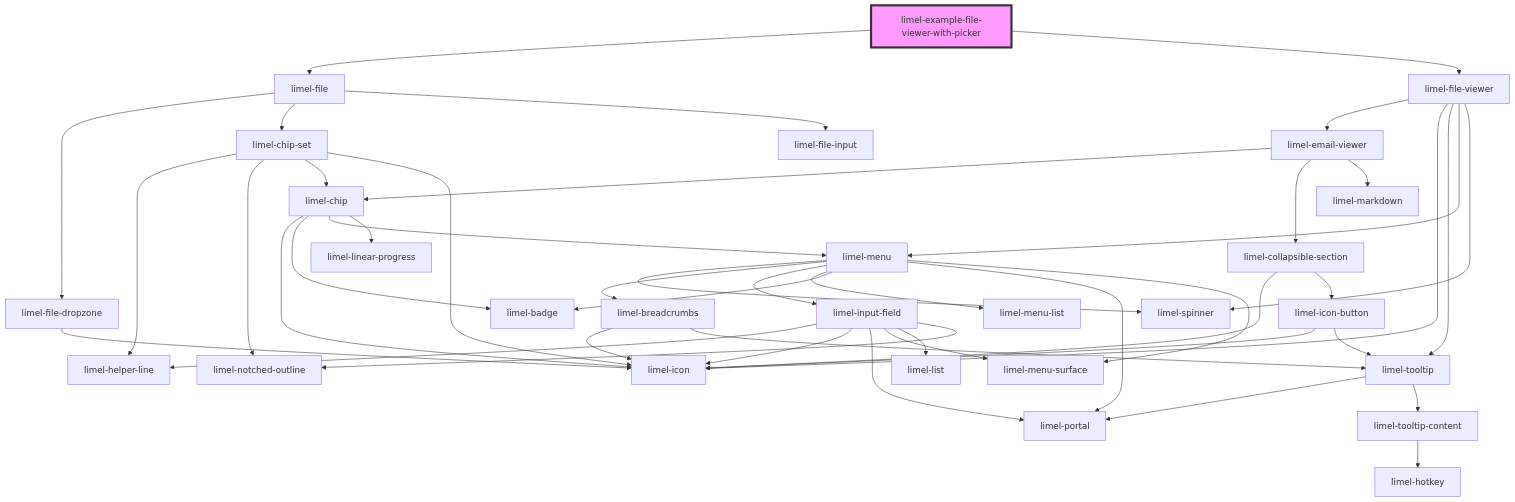
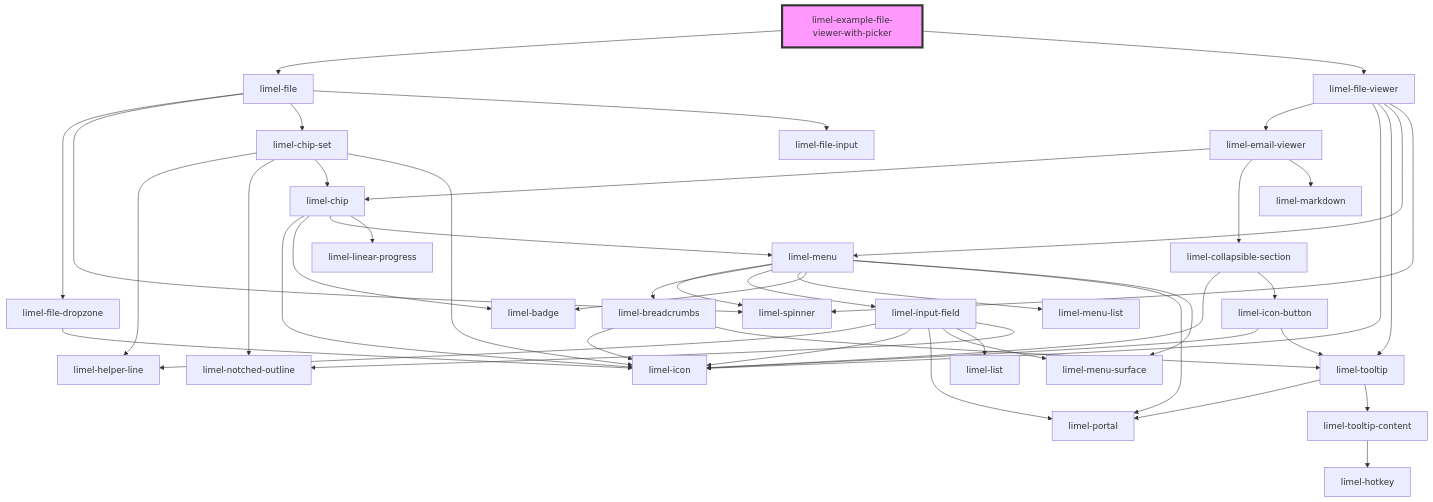
One commit to Lundalogik/lime-elements changed the diagram in versions/PR-4145/markdown-docs/components/file-viewer/examples/readme.md. Above: the diagram before and after it, drawn with Mermaid. The commit also changed 448 other files, not shown here.

````diff
--- a/versions/PR-4145/markdown-docs/components/file-viewer/examples/readme.md
+++ b/versions/PR-4145/markdown-docs/components/file-viewer/examples/readme.md
@@ -20,48 +20,49 @@
 ```mermaid
 graph TD;
   limel-example-file-viewer-with-picker --> limel-file
   limel-example-file-viewer-with-picker --> limel-file-viewer
   limel-file --> limel-file-dropzone
+  limel-file --> limel-spinner
   limel-file --> limel-chip-set
   limel-file --> limel-file-input
   limel-file-dropzone --> limel-icon
   limel-chip-set --> limel-helper-line
   limel-chip-set --> limel-notched-outline
   limel-chip-set --> limel-chip
   limel-chip-set --> limel-icon
   limel-chip --> limel-icon
   limel-chip --> limel-badge
   limel-chip --> limel-menu
   limel-chip --> limel-linear-progress
   limel-menu --> limel-spinner
   limel-menu --> limel-breadcrumbs
   limel-menu --> limel-input-field
   limel-menu --> limel-menu-list
   limel-menu --> limel-badge
   limel-menu --> limel-portal
   limel-menu --> limel-menu-surface
   limel-breadcrumbs --> limel-icon
   limel-breadcrumbs --> limel-tooltip
   limel-tooltip --> limel-portal
   limel-tooltip --> limel-tooltip-content
   limel-tooltip-content --> limel-hotkey
   limel-input-field --> limel-helper-line
   limel-input-field --> limel-icon
   limel-input-field --> limel-portal
   limel-input-field --> limel-menu-surface
   limel-input-field --> limel-list
   limel-input-field --> limel-notched-outline
   limel-file-viewer --> limel-email-viewer
   limel-file-viewer --> limel-icon
   limel-file-viewer --> limel-tooltip
   limel-file-viewer --> limel-menu
   limel-file-viewer --> limel-spinner
   limel-email-viewer --> limel-chip
   limel-email-viewer --> limel-collapsible-section
   limel-email-viewer --> limel-markdown
   limel-collapsible-section --> limel-icon
   limel-collapsible-section --> limel-icon-button
   limel-icon-button --> limel-icon
   limel-icon-button --> limel-tooltip
   style limel-example-file-viewer-with-picker fill:#f9f,stroke:#333,stroke-width:4px
 ```
````
